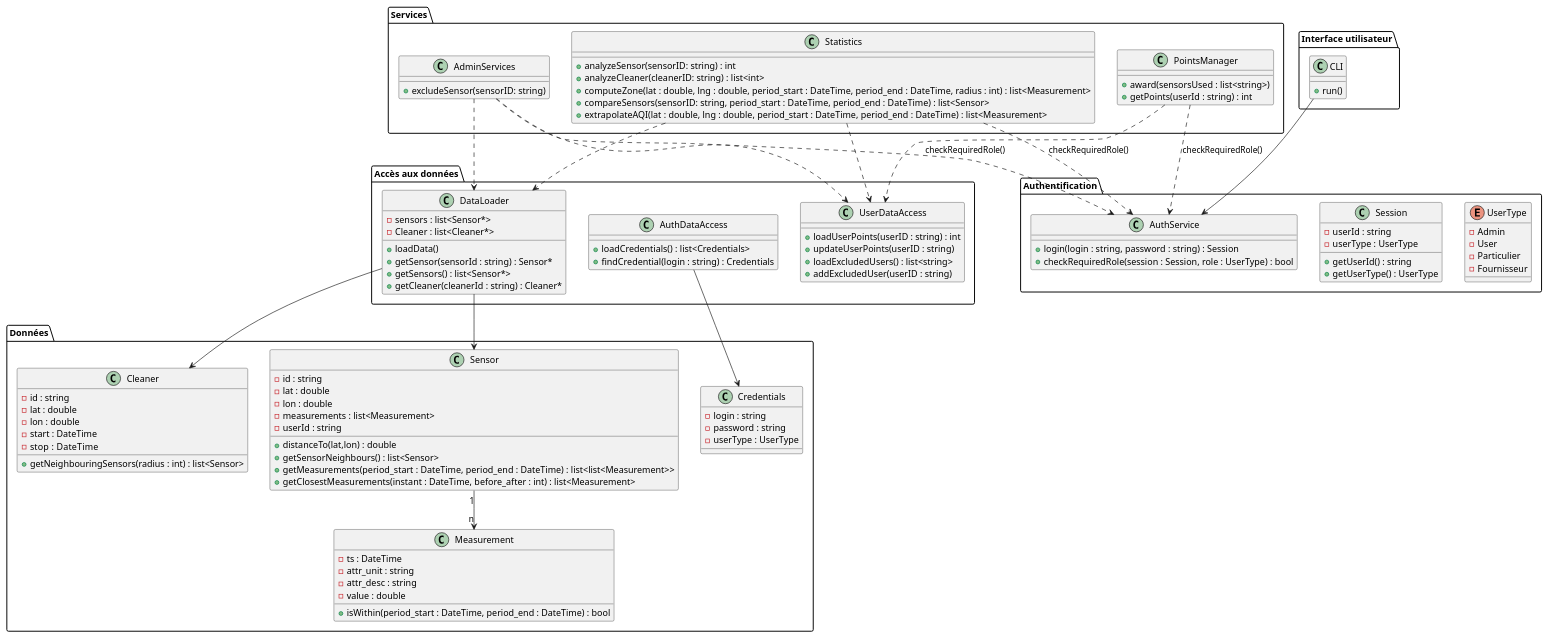
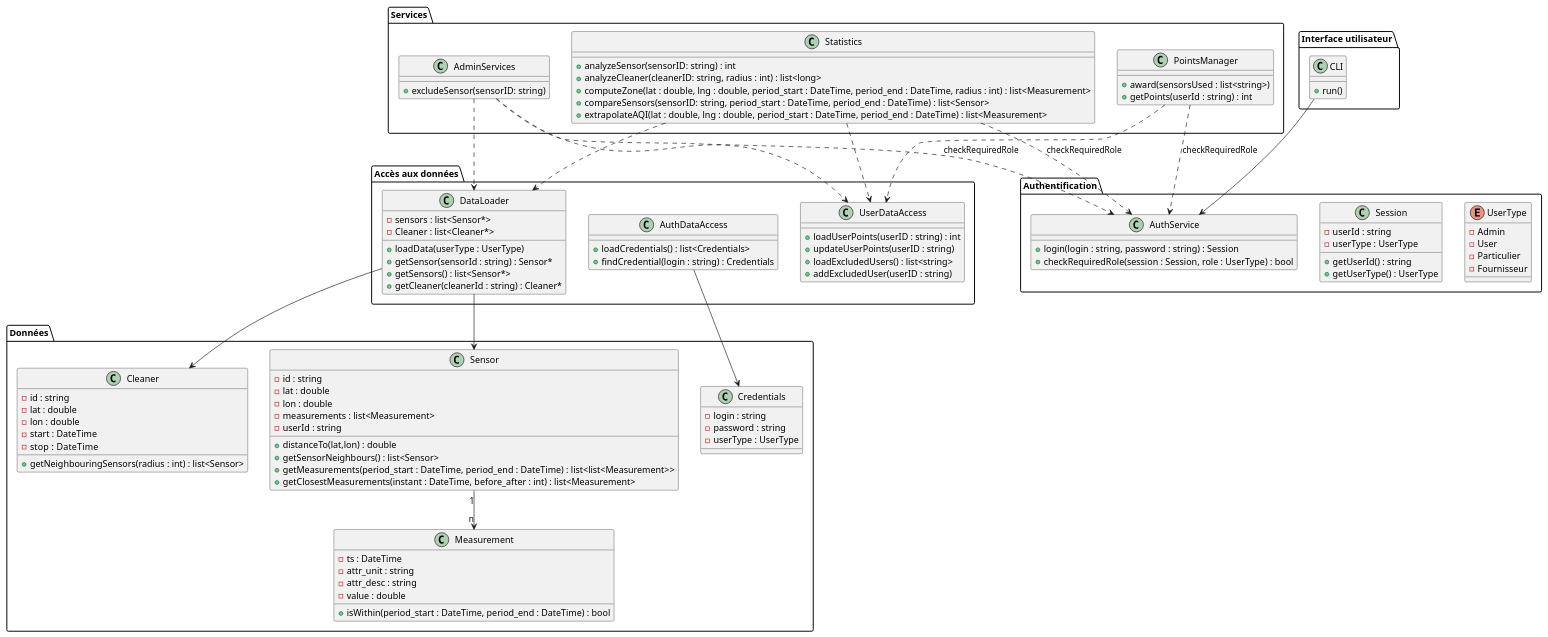
The diagram in MCD.puml (ldureuil/3IF_AirWatcher), drawn with PlantUML before and after one commit. The commit also changed 3 other files, not shown here.

Commit message:
Correction MCD et Diagramme de Sequence Participation + Ajout de 2 nouveaux diagrammes de séquence

```diff
--- a/MCD.puml
+++ b/MCD.puml
@@ -1,130 +1,131 @@
 @startuml MCD
 
 package "Données" {
   class Sensor {
     - id : string
     - lat : double
     - lon : double
     - measurements : list<Measurement>
     - userId : string
     + distanceTo(lat,lon) : double
     + getSensorNeighbours() : list<Sensor>
     + getMeasurements(period_start : DateTime, period_end : DateTime) : list<list<Measurement>>
     + getClosestMeasurements(instant : DateTime, before_after : int) : list<Measurement>
   }
 
   class Measurement {
     - ts : DateTime
     - attr_unit : string
     - attr_desc : string
     - value : double
     + isWithin(period_start : DateTime, period_end : DateTime) : bool
   }
 
   class Cleaner {
     - id : string
     - lat : double
     - lon : double
     - start : DateTime
     - stop  : DateTime
     + getNeighbouringSensors(radius : int) : list<Sensor>
   }
 
     class Credentials {
     - login : string
     - password : string
     - userType : UserType
   }
 }
 
 
 package "Services" {
   class Statistics {
     + analyzeSensor(sensorID: string) : int
-    + analyzeCleaner(cleanerID: string) : list<int>
+    + analyzeCleaner(cleanerID: string, radius : int) : list<long>
     + computeZone(lat : double, lng : double, period_start : DateTime, period_end : DateTime, radius : int) : list<Measurement>
     + compareSensors(sensorID: string, period_start : DateTime, period_end : DateTime) : list<Sensor>
     + extrapolateAQI(lat : double, lng : double, period_start : DateTime, period_end : DateTime) : list<Measurement>
   }
 
   class PointsManager {
     + award(sensorsUsed : list<string>)
     + getPoints(userId : string) : int
   }
 
   class AdminServices {
     + excludeSensor(sensorID: string)
   }
 }
 
 
 package "Accès aux données" {
   class DataLoader {
     - sensors : list<Sensor*>
     - Cleaner : list<Cleaner*>
-    + loadData()
+    + loadData(userType : UserType)
     + getSensor(sensorId : string) : Sensor*
     + getSensors() : list<Sensor*>
     + getCleaner(cleanerId : string) : Cleaner*
   }
 
   class UserDataAccess {
     + loadUserPoints(userID : string) : int
     + updateUserPoints(userID : string)
     + loadExcludedUsers() : list<string>
     + addExcludedUser(userID : string)
   }
 
   class AuthDataAccess {
     + loadCredentials() : list<Credentials>
     + findCredential(login : string) : Credentials
   }
 }
 
 
 package "Authentification" {
     enum UserType {
     - Admin
     - User
     - Particulier
     - Fournisseur
   }
 
   class Session {
     - userId : string
     - userType : UserType
     + getUserId() : string
     + getUserType() : UserType
   }
 
   class AuthService {
     + login(login : string, password : string) : Session
     + checkRequiredRole(session : Session, role : UserType) : bool
   }
 }
 
 
 package "Interface utilisateur" {
   class CLI {
     + run()
   }
 }
 
 
+
 Sensor  "1" --> "n" Measurement
 DataLoader --> Sensor
 DataLoader --> Cleaner
 AuthDataAccess --> Credentials
 
 CLI --> AuthService
 
-Statistics     ..> AuthService            : checkRequiredRole()
-PointsManager  ..> AuthService            : checkRequiredRole()
-AdminServices  ..> AuthService            : checkRequiredRole()
+Statistics     ..> AuthService : checkRequiredRole
+PointsManager  ..> AuthService : checkRequiredRole
+AdminServices  ..> AuthService : checkRequiredRole
 
 Statistics     ..> DataLoader
 Statistics     ..> UserDataAccess
 PointsManager  ..> UserDataAccess
 AdminServices  ..> DataLoader
 AdminServices  ..> UserDataAccess
 @enduml
```
